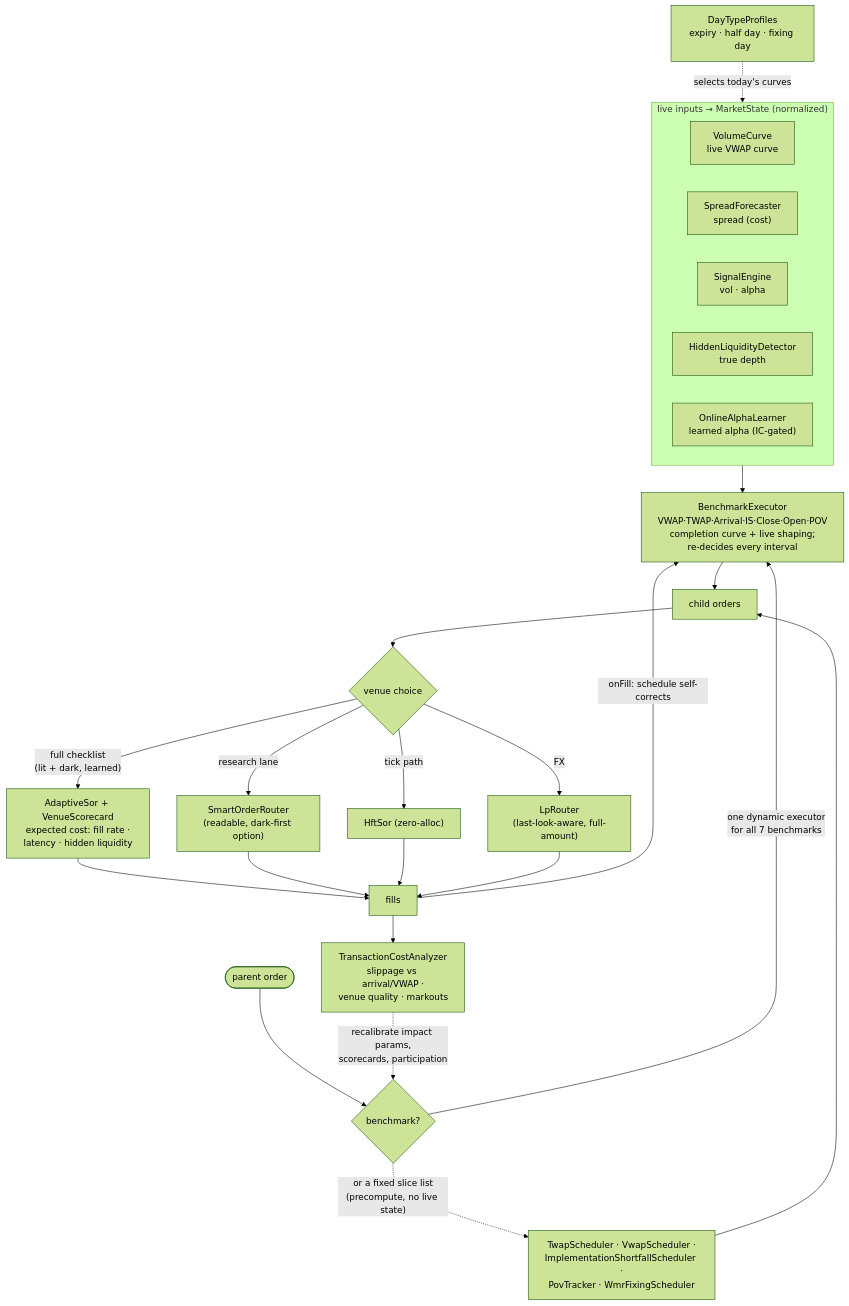
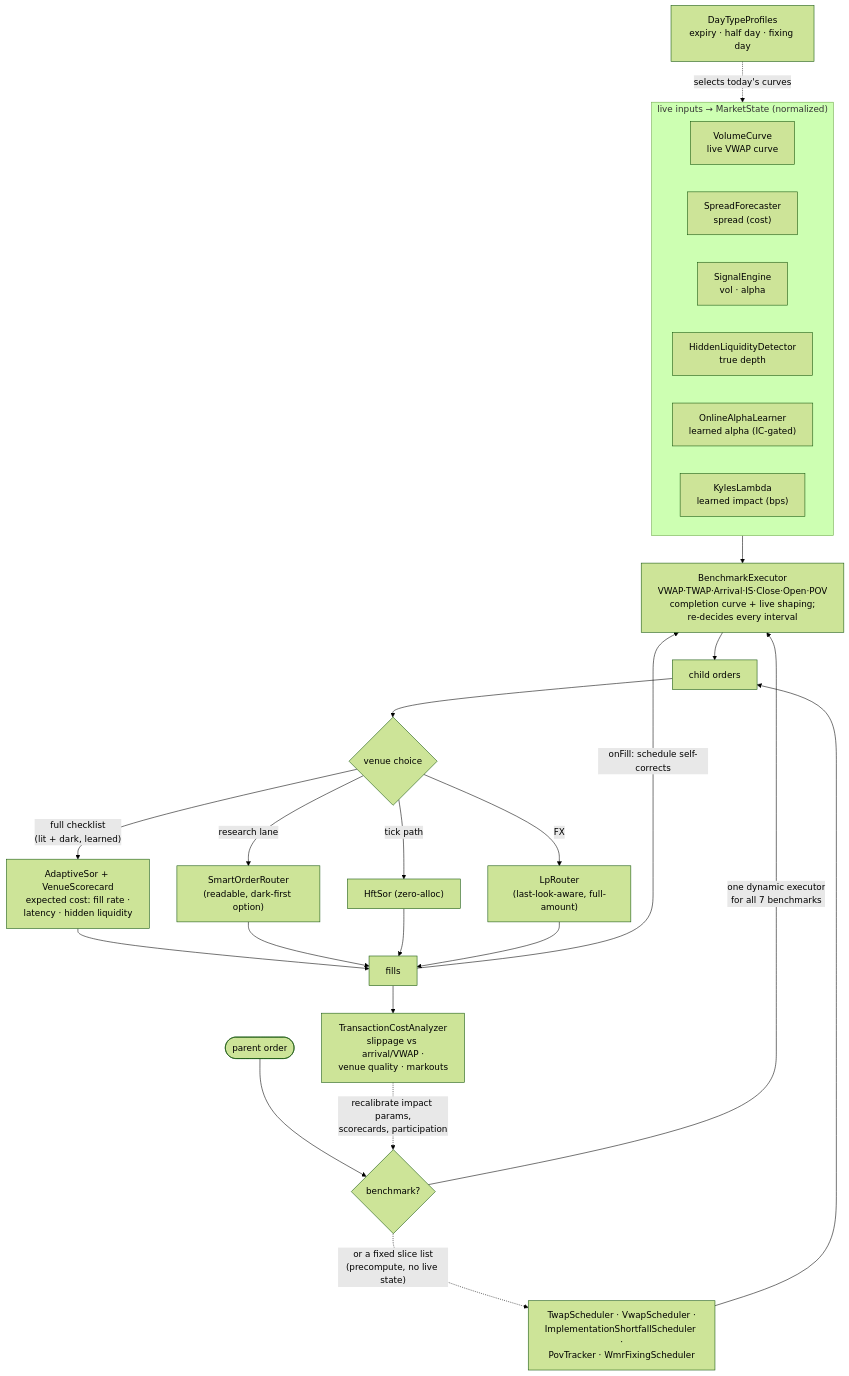
The tenth of 12 diagrams in docs/DIAGRAMS.md (AshJha0/Quant-Finance-Library), drawn with Mermaid (forest theme) before and after one commit. The commit also changed other lines of this file and 27 other files, not shown here.

````diff
--- a/docs/DIAGRAMS.md
+++ b/docs/DIAGRAMS.md
@@ -303,27 +303,28 @@
 ```mermaid
 flowchart TD
     PARENT(["parent order"]) --> Q{"benchmark?"}
     Q -->|"one dynamic executor<br/>for all 7 benchmarks"| BE["BenchmarkExecutor<br/>VWAP·TWAP·Arrival·IS·Close·Open·POV<br/>completion curve + live shaping;<br/>re-decides every interval"]
     Q -.->|"or a fixed slice list<br/>(precompute, no live state)"| STATIC["TwapScheduler · VwapScheduler ·<br/>ImplementationShortfallScheduler ·<br/>PovTracker · WmrFixingScheduler"]
 
     subgraph MODELS["live inputs → MarketState (normalized)"]
         VC["VolumeCurve<br/>live VWAP curve"]
         SF["SpreadForecaster<br/>spread (cost)"]
         SE["SignalEngine<br/>vol · alpha"]
         HLD["HiddenLiquidityDetector<br/>true depth"]
         OAL["OnlineAlphaLearner<br/>learned alpha (IC-gated)"]
+        KL["KylesLambda<br/>learned impact (bps)"]
     end
     DTP["DayTypeProfiles<br/>expiry · half day · fixing day"] -.->|"selects today's curves"| MODELS
     MODELS --> BE
 
     BE & STATIC --> CHILD["child orders"]
     CHILD --> WHERE{"venue choice"}
     WHERE -->|"full checklist<br/>(lit + dark, learned)"| ASOR["AdaptiveSor + VenueScorecard<br/>expected cost: fill rate ·<br/>latency · hidden liquidity"]
     WHERE -->|research lane| SOR10["SmartOrderRouter<br/>(readable, dark-first option)"]
     WHERE -->|tick path| HSOR["HftSor (zero-alloc)"]
     WHERE -->|FX| LPR["LpRouter<br/>(last-look-aware, full-amount)"]
     ASOR & SOR10 & HSOR & LPR --> FILLS["fills"]
     FILLS -->|"onFill: schedule self-corrects"| BE
     FILLS --> TCA["TransactionCostAnalyzer<br/>slippage vs arrival/VWAP ·<br/>venue quality · markouts"]
     TCA -.->|"recalibrate impact params,<br/>scorecards, participation"| Q
 ```
````
